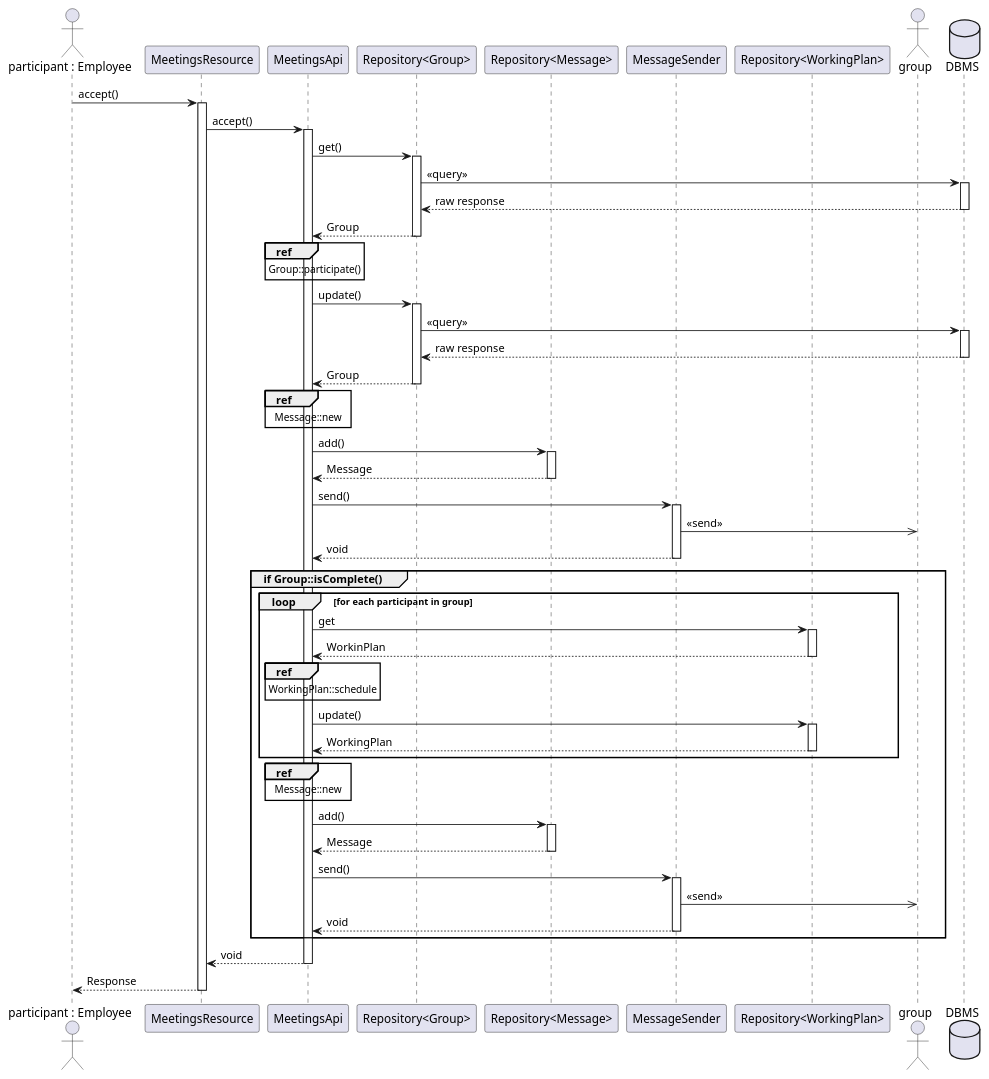
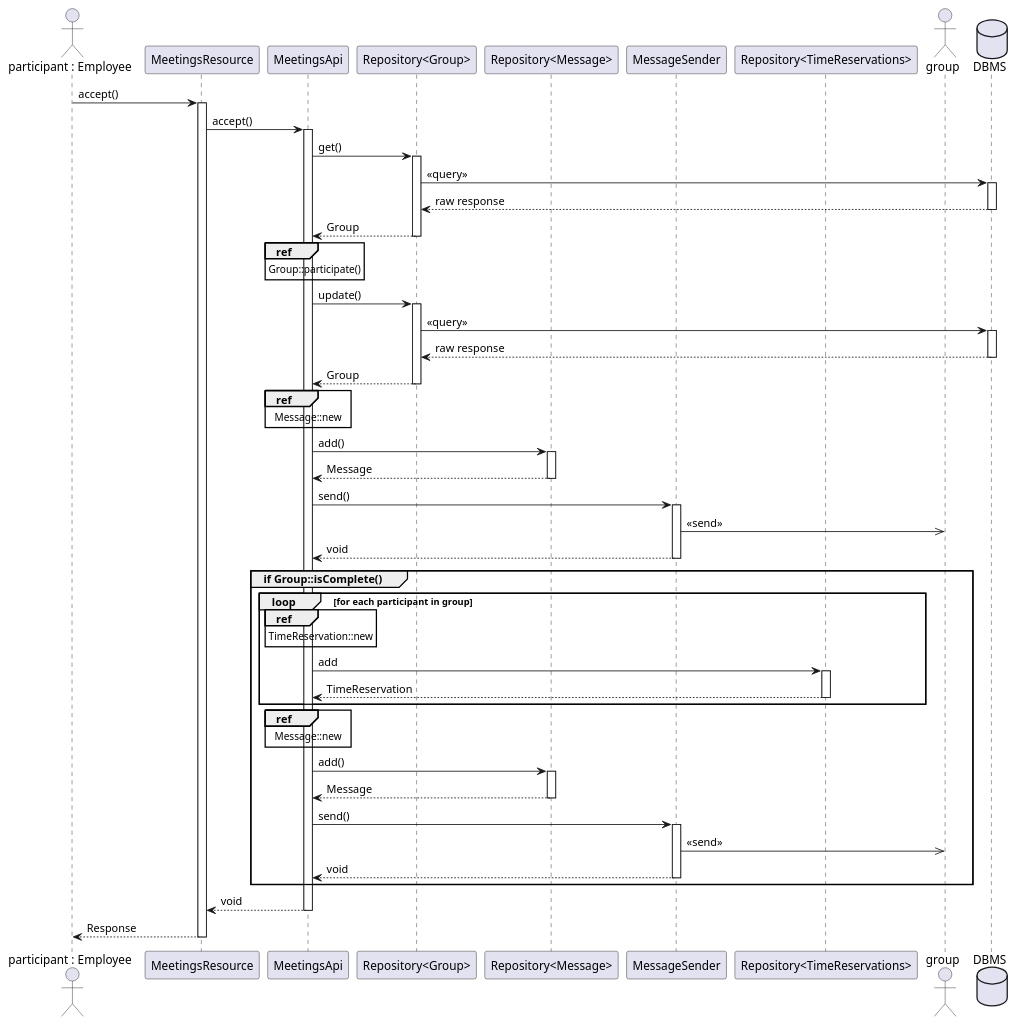
Before and after one commit to JohnKhandygo/employee-managment: the diagram in diagrams/sequence/meetings/accept meeting.puml, drawn with PlantUML. The commit also changed 7 other files, not shown here.

Commit message:
add sequence diagrams for reservations.

```diff
--- a/diagrams/sequence/meetings/accept meeting.puml
+++ b/diagrams/sequence/meetings/accept meeting.puml
@@ -1,87 +1,80 @@
 @startuml
 
 actor "participant : Employee" as participant
 participant MeetingsResource as resource
 participant MeetingsApi as api
 participant "Repository<Group>" as groups
 participant "Repository<Message>" as messages
 participant MessageSender as sender
-participant  "Repository<WorkingPlan>" as activities
+participant  "Repository<TimeReservations>" as reservations
 actor group
 database DBMS
 
 participant -> resource : accept()
 activate resource
 resource -> api : accept()
 activate api
 
 ''''' get meeting instance
 api -> groups : get()
 activate groups
 groups -> DBMS : <<query>>
 activate DBMS
 DBMS --> groups : raw response
 deactivate DBMS
 groups --> api : Group
 deactivate groups
 
 ref over api : Group::participate()
 
 ''''' update group
 api -> groups : update()
 activate groups
 groups -> DBMS : <<query>>
 activate DBMS
 DBMS --> groups : raw response
 deactivate DBMS
 groups --> api : Group
 deactivate groups
 
 ''''' send message
 ref over api : Message::new
 api -> messages : add()
 activate messages
 messages --> api : Message
 deactivate messages
 api -> sender : send()
 activate sender
 sender ->> group : <<send>>
 sender --> api : void
 deactivate sender
 
 ''''' schedule a meeting
 group if Group::isComplete()
   loop for each participant in group
-    ''''' get employees working plan
-    api -> activities : get
-    activate activities
-    activities --> api : WorkinPlan
-    deactivate activities
-
-    ref over api : WorkingPlan::schedule
-
-    ''''' update employees working plan
-    api -> activities : update()
-    activate activities
-    activities --> api : WorkingPlan
-    deactivate activities
+    ''''' add time reservation
+    ref over api : TimeReservation::new
+    api -> reservations : add
+    activate reservations
+    reservations --> api : TimeReservation
+    deactivate reservations
   end
   ''''' send a message about new meeting has been scheduling
   ref over api : Message::new
   api -> messages : add()
   activate messages
   messages --> api : Message
   deactivate messages
   api -> sender : send()
   activate sender
   sender ->> group : <<send>>
   sender --> api : void
   deactivate sender
 end
 
 api --> resource : void
 deactivate api
 resource --> participant : Response
 deactivate resource
 
 @enduml
```
